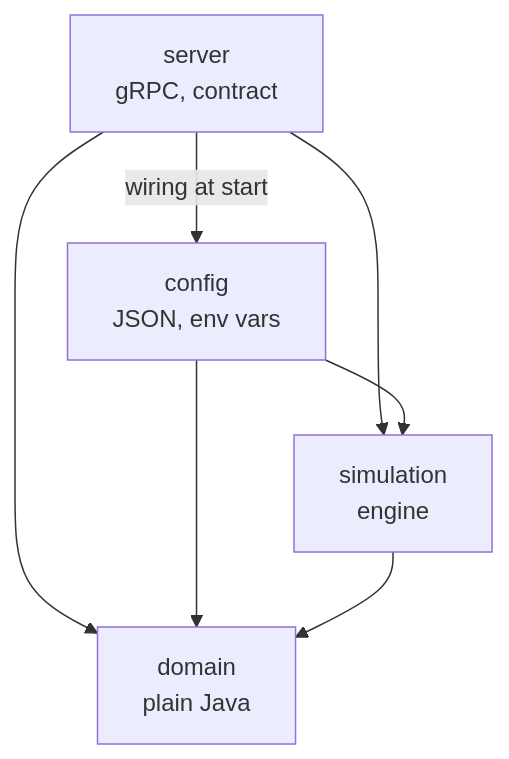
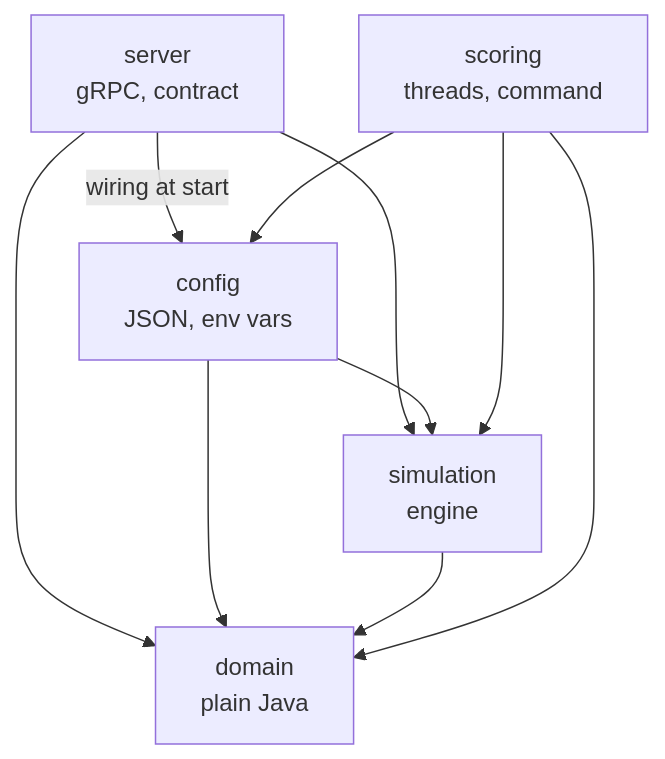
The second of 5 diagrams in docs/architecture.md (gakkel-labs/swarm-simulator), drawn with Mermaid before and after one commit. The commit also changed other lines of this file and 7 other files, not shown here.

Commit message:
docs: describe the simulation profiles and the scoring command (#177)

````diff
--- a/docs/architecture.md
+++ b/docs/architecture.md
@@ -110,9 +114,12 @@
 ```mermaid
 flowchart TB
     SERVER[server<br/>gRPC, contract] --> SIMULATION[simulation<br/>engine]
     CONFIG[config<br/>JSON, env vars] --> SIMULATION
     SERVER --> DOMAIN[domain<br/>plain Java]
     SERVER -->|wiring at start| CONFIG
     CONFIG --> DOMAIN
     SIMULATION --> DOMAIN
+    SCORING[scoring<br/>threads, command] --> SIMULATION
+    SCORING --> CONFIG
+    SCORING --> DOMAIN
 ```
````
